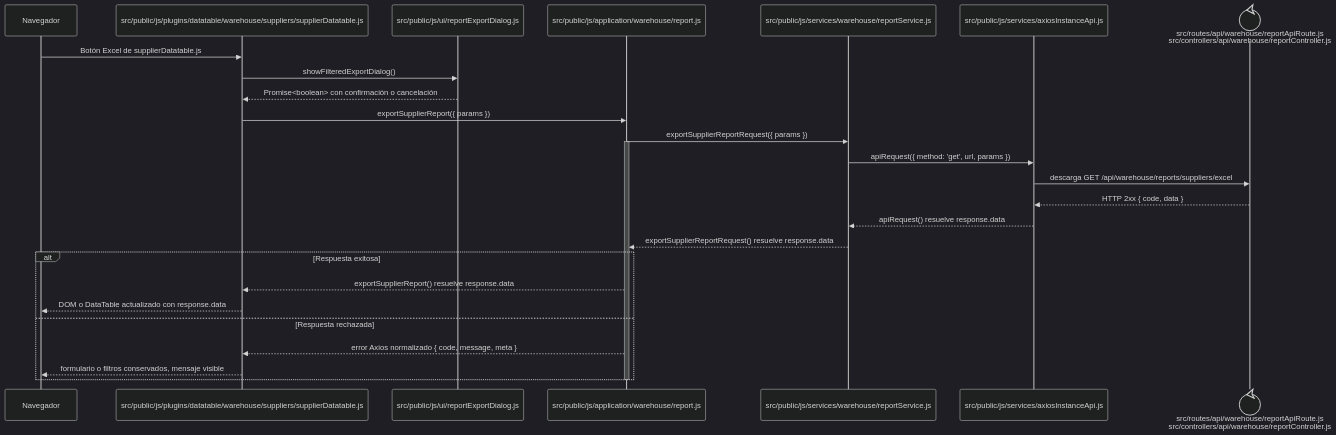
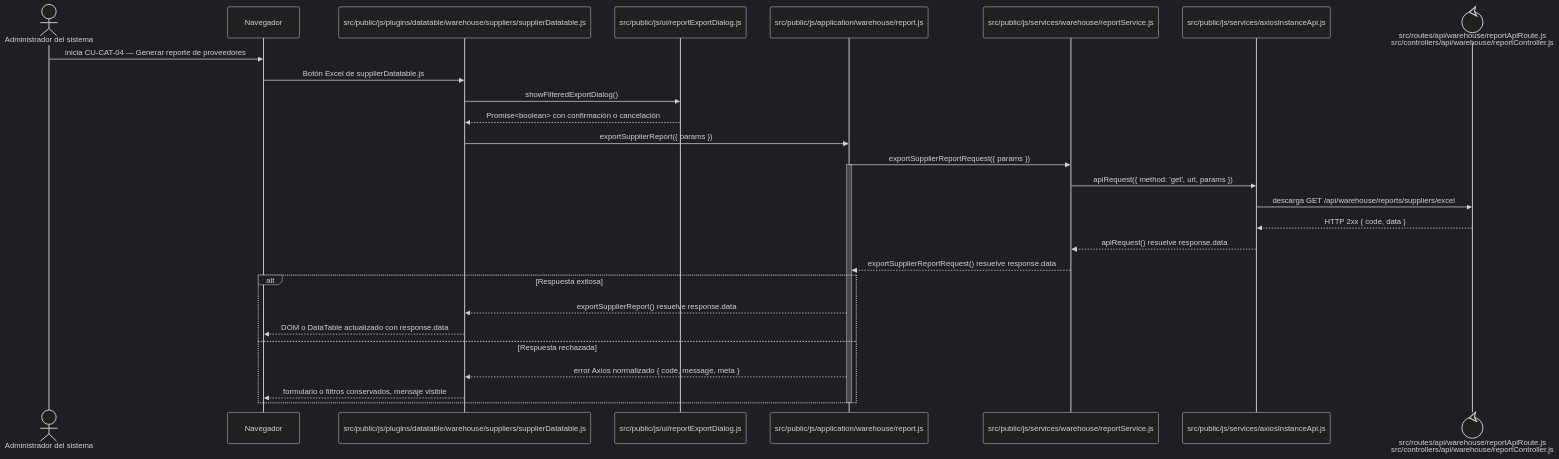
One commit to gpgsistemas01/nexus changed the diagram in docs/architecture/frontend-code-sequences/catalogs/cu-cat-04.md. Above: the diagram before and after it, drawn with Mermaid (dark theme). The commit also changed 105 other files, not shown here.

````diff
--- a/docs/architecture/frontend-code-sequences/catalogs/cu-cat-04.md
+++ b/docs/architecture/frontend-code-sequences/catalogs/cu-cat-04.md
@@ -6,30 +6,32 @@
 ```mermaid
 sequenceDiagram
+    actor Initiator as Administrador del sistema
     participant Browser as Navegador
     participant View as src/public/js/plugins/datatable/warehouse/suppliers/supplierDatatable.js
     participant Dialog as src/public/js/ui/reportExportDialog.js
     participant Application as src/public/js/application/warehouse/report.js
     participant Request as src/public/js/services/warehouse/reportService.js
     participant HTTP as src/public/js/services/axiosInstanceApi.js
     participant Transport@{ "type": "control" } as src/routes/api/warehouse/reportApiRoute.js<br/>src/controllers/api/warehouse/reportController.js
 
+    Initiator->>Browser: inicia CU-CAT-04 — Generar reporte de proveedores
     Browser->>View: Botón Excel de supplierDatatable.js
     View->>Dialog: showFilteredExportDialog()
     Dialog-->>View: Promise<boolean> con confirmación o cancelación
     View->>Application: exportSupplierReport({ params })
     Application->>Request: exportSupplierReportRequest({ params })
     activate Application
     Request->>HTTP: apiRequest({ method: 'get', url, params })
     HTTP->>Transport: descarga GET /api/warehouse/reports/suppliers/excel
     Transport-->>HTTP: HTTP 2xx { code, data }
     HTTP-->>Request: apiRequest() resuelve response.data
     Request-->>Application: exportSupplierReportRequest() resuelve response.data
     alt Respuesta exitosa
         Application-->>View: exportSupplierReport() resuelve response.data
         View-->>Browser: DOM o DataTable actualizado con response.data
     else Respuesta rechazada
         Application-->>View: error Axios normalizado { code, message, meta }
         View-->>Browser: formulario o filtros conservados, mensaje visible
     end
     deactivate Application
 ```
````
